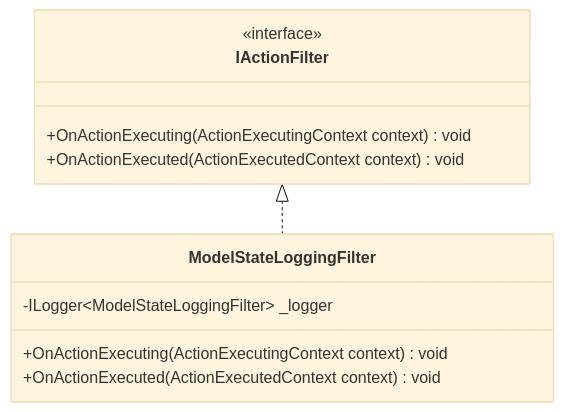
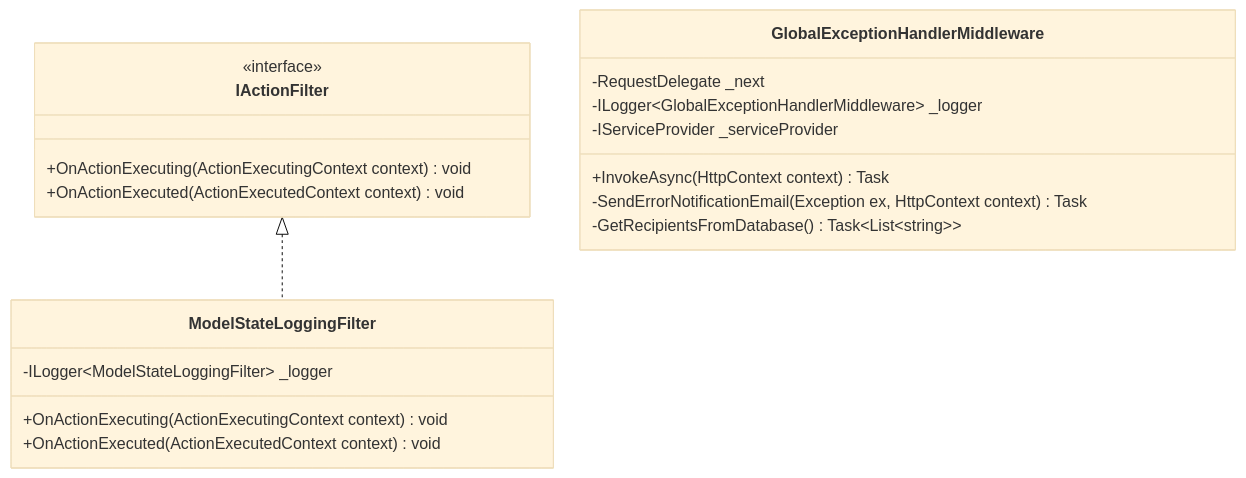
Before and after one commit to lcassin/Scheduler_Platform: the fifth of 5 diagrams in src/SchedulerPlatform.API/README.md, drawn with Mermaid (base theme). The commit also changed other lines of this file and 11 other files, not shown here.

````diff
--- a/src/SchedulerPlatform.API/README.md
+++ b/src/SchedulerPlatform.API/README.md
@@ -870,16 +903,25 @@
 ```mermaid
 classDiagram
     class IActionFilter {
         <<interface>>
         +OnActionExecuting(ActionExecutingContext context) void
         +OnActionExecuted(ActionExecutedContext context) void
     }
     
     class ModelStateLoggingFilter {
         -ILogger~ModelStateLoggingFilter~ _logger
         +OnActionExecuting(ActionExecutingContext context) void
         +OnActionExecuted(ActionExecutedContext context) void
     }
     
+    class GlobalExceptionHandlerMiddleware {
+        -RequestDelegate _next
+        -ILogger~GlobalExceptionHandlerMiddleware~ _logger
+        -IServiceProvider _serviceProvider
+        +InvokeAsync(HttpContext context) Task
+        -SendErrorNotificationEmail(Exception ex, HttpContext context) Task
+        -GetRecipientsFromDatabase() Task~List~string~~
+    }
+    
     IActionFilter <|.. ModelStateLoggingFilter
 ```
````
